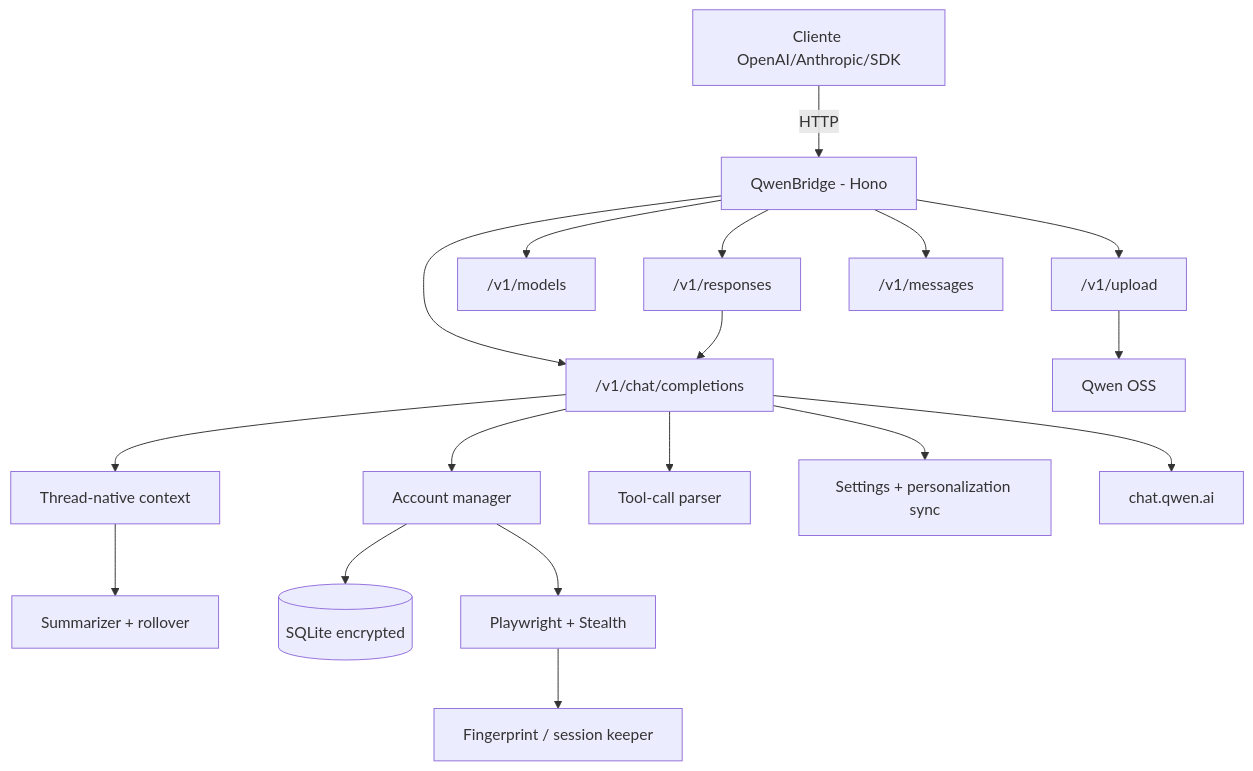
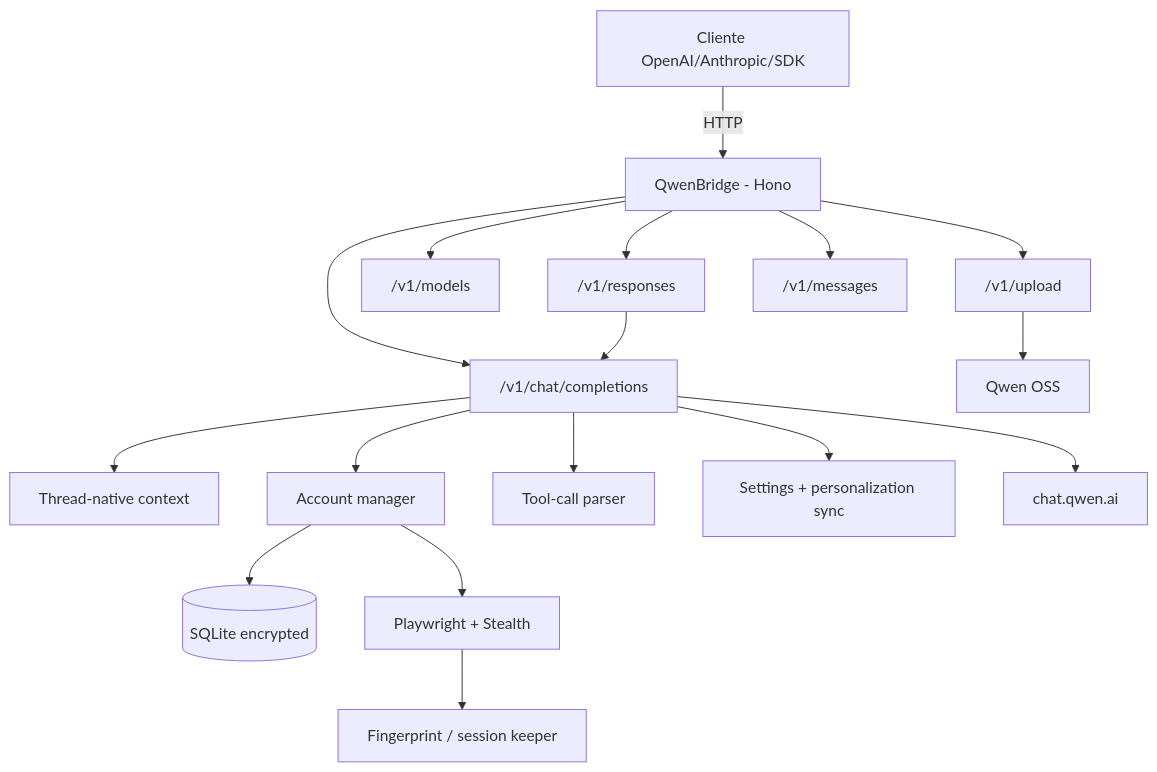
One commit to johngbl/qwenproxy changed the diagram in README.md. Above: the diagram before and after it, drawn with Mermaid. The commit also changed other lines of this file, not shown here.

````diff
--- a/README.md
+++ b/README.md
@@ -32,20 +33,19 @@
 ```mermaid
 flowchart TD
     Client["Cliente OpenAI/Anthropic/SDK"] -->|HTTP| Proxy["QwenBridge - Hono"]
     Proxy --> Chat["/v1/chat/completions"]
     Proxy --> Responses["/v1/responses"]
     Proxy --> Models["/v1/models"]
     Proxy --> Upload["/v1/upload"]
     Proxy --> Anthropic["/v1/messages"]
     Chat --> Context["Thread-native context"]
     Responses --> Chat
-    Context --> Summary["Summarizer + rollover"]
     Chat --> Accounts["Account manager"]
     Accounts --> DB[("SQLite encrypted")]
     Accounts --> Playwright["Playwright + Stealth"]
     Playwright --> Fingerprint["Fingerprint / session keeper"]
     Chat --> Parser["Tool-call parser"]
     Chat --> Personalization["Settings + personalization sync"]
     Chat --> Qwen["chat.qwen.ai"]
     Upload --> OSS["Qwen OSS"]
 ```
````
